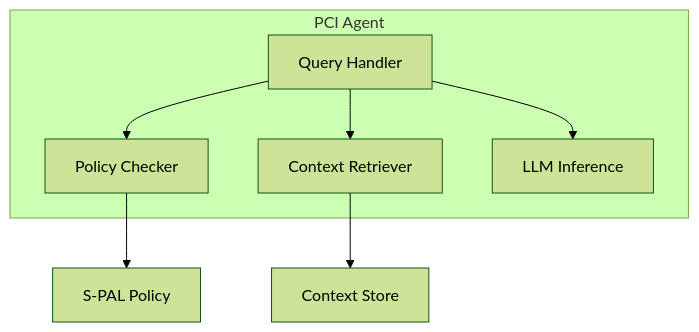
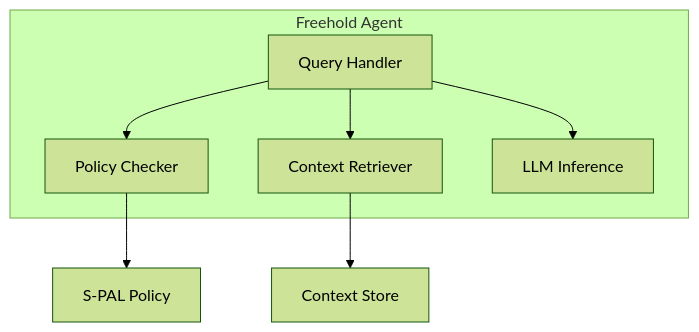
The diagram in agent/README.md (freehold-earth/freehold), drawn with Mermaid (forest theme) before and after one commit. The commit also changed other lines of this file and 22 other files, not shown here.

First line of the commit message:
Rename the project from PCI to Freehold in documents and READMEs

````diff
--- a/agent/README.md
+++ b/agent/README.md
@@ -49,12 +49,12 @@
 ```mermaid
 flowchart TB
-    subgraph Agent["PCI Agent"]
+    subgraph Agent["Freehold Agent"]
         QH["Query Handler"]
         QH --> PC["Policy Checker"]
         QH --> CR["Context Retriever"]
         QH --> LLM["LLM Inference"]
     end
 
     PC --> SPAL["S-PAL Policy"]
     CR --> CS["Context Store"]
 ```
````
